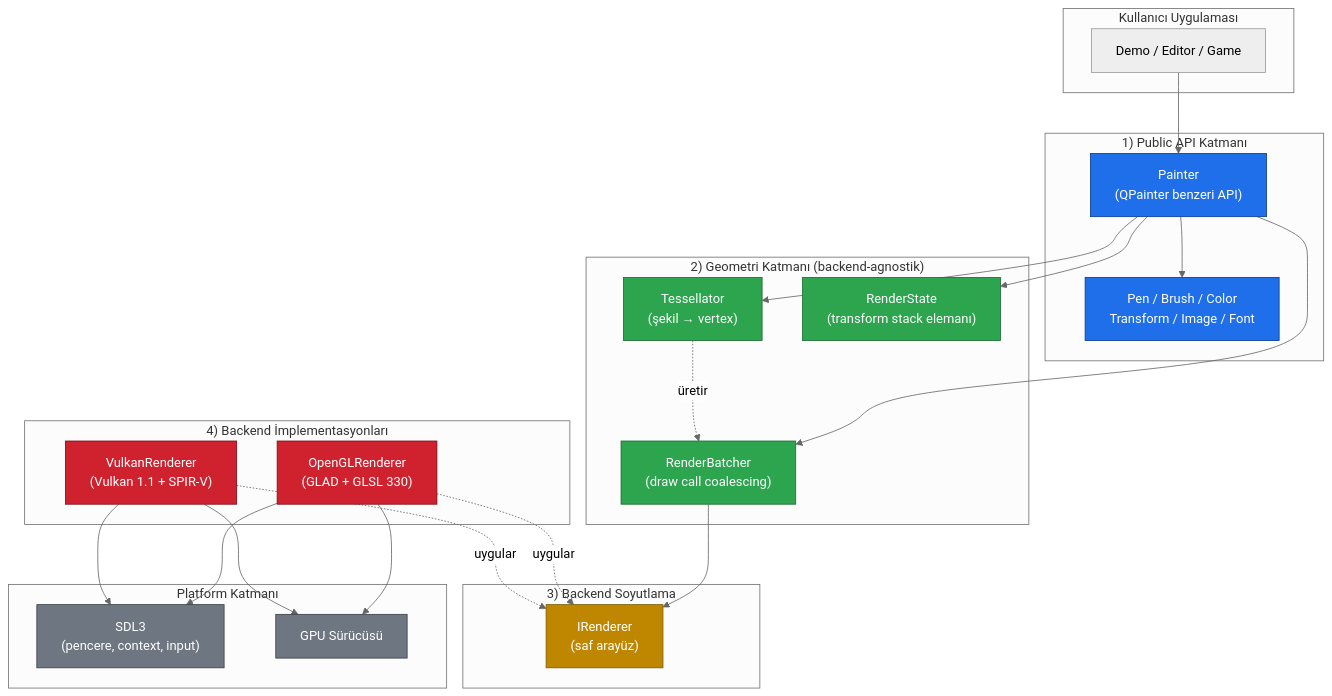
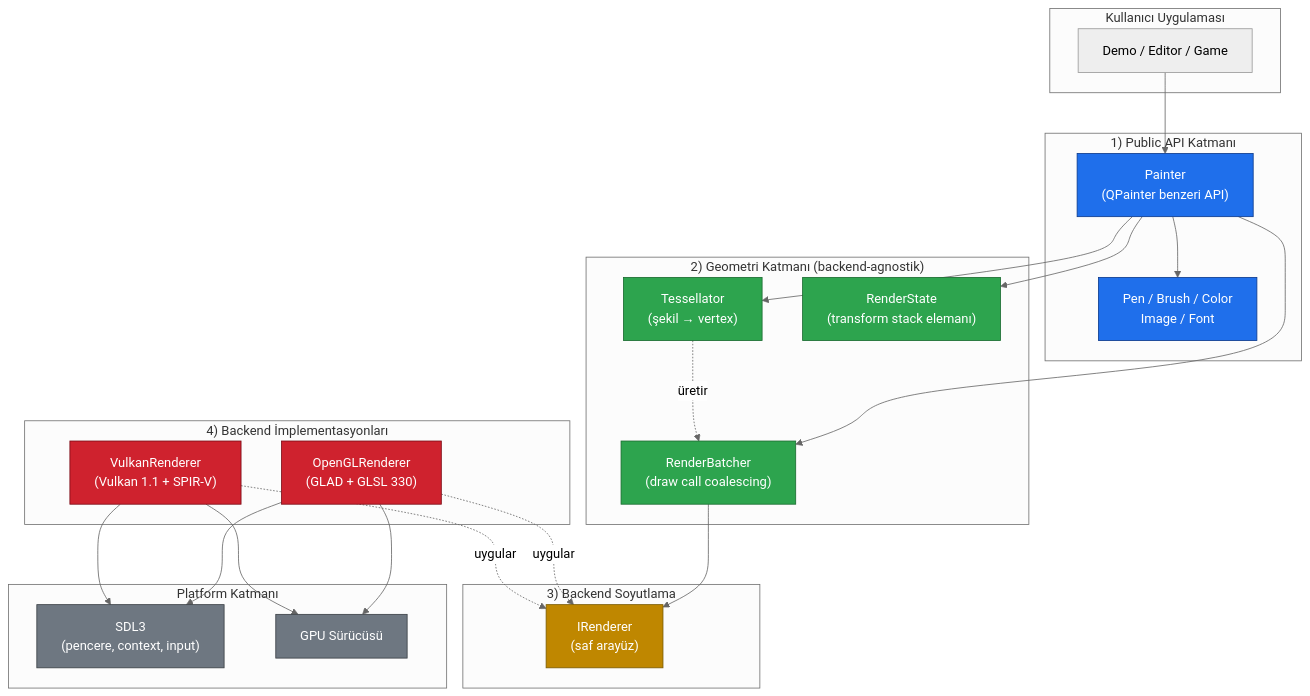
Before and after one commit to yazilimperver/sdl-painter: the first of 4 diagrams in doc/mimari-genel-bakis.md, drawn with Mermaid (neutral theme). The commit also changed other lines of this file and 40 other files, not shown here.

````diff
--- a/doc/mimari-genel-bakis.md
+++ b/doc/mimari-genel-bakis.md
@@ -15,57 +17,57 @@
 ```mermaid
 flowchart TB
     subgraph user["Kullanıcı Uygulaması"]
         APP["Demo / Editor / Game"]
     end
 
     subgraph api["1) Public API Katmanı"]
         PAINTER["Painter<br/>(QPainter benzeri API)"]
-        STYLE["Pen / Brush / Color<br/>Transform / Image / Font"]
+        STYLE["Pen / Brush / Color<br/>Image / Font"]
     end
 
     subgraph mid["2) Geometri Katmanı (backend-agnostik)"]
         TESS["Tessellator<br/>(şekil → vertex)"]
         STATE["RenderState<br/>(transform stack elemanı)"]
         BATCH["RenderBatcher<br/>(draw call coalescing)"]
     end
 
     subgraph backend["3) Backend Soyutlama"]
         IRENDER["IRenderer<br/>(saf arayüz)"]
     end
 
     subgraph impl["4) Backend İmplementasyonları"]
         OGL["OpenGLRenderer<br/>(GLAD + GLSL 330)"]
         VK["VulkanRenderer<br/>(Vulkan 1.1 + SPIR-V)"]
     end
 
     subgraph plat["Platform Katmanı"]
         SDL["SDL3<br/>(pencere, context, input)"]
         GPU["GPU Sürücüsü"]
     end
 
     APP --> PAINTER
     PAINTER --> STYLE
     PAINTER --> TESS
     PAINTER --> STATE
     PAINTER --> BATCH
     BATCH --> IRENDER
     TESS -.üretir.-> BATCH
     OGL -.uygular.-> IRENDER
     VK -.uygular.-> IRENDER
     OGL --> SDL
     VK --> SDL
     OGL --> GPU
     VK --> GPU
 
     classDef apiCls fill:#1f6feb,stroke:#0d3a8c,color:#fff
     classDef midCls fill:#2da44e,stroke:#1a6b30,color:#fff
     classDef backCls fill:#bf8700,stroke:#7a5a00,color:#fff
     classDef implCls fill:#cf222e,stroke:#7a0a14,color:#fff
     classDef platCls fill:#6e7781,stroke:#3a3f44,color:#fff
 
     class PAINTER,STYLE apiCls
     class TESS,STATE,BATCH midCls
     class IRENDER backCls
     class OGL,VK implCls
     class SDL,GPU platCls
 ```
````
